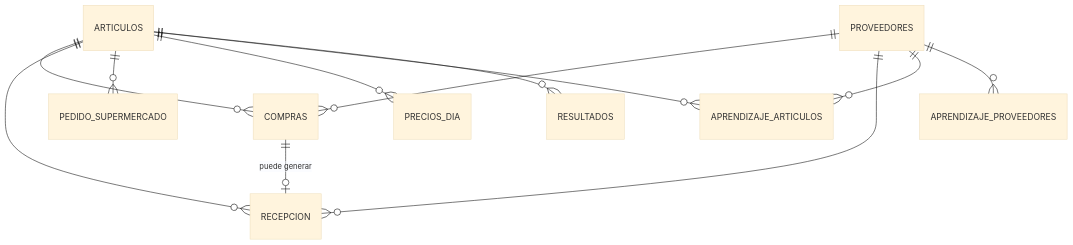
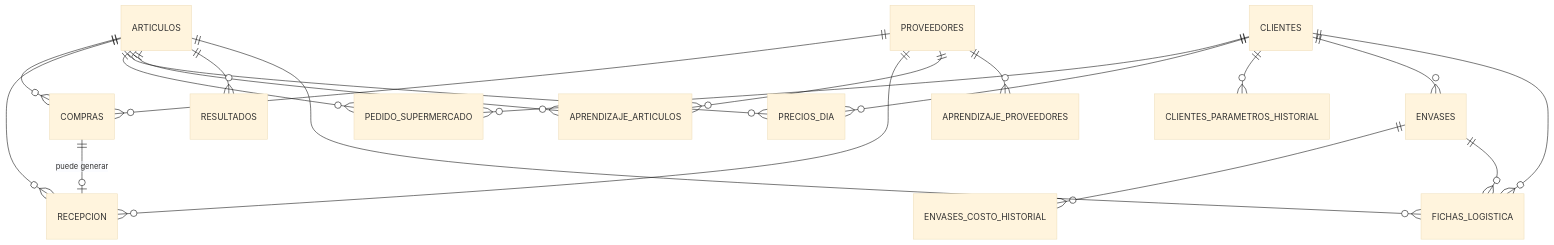
The diagram in docs/diseno_base_datos.md (ldibuccio/Calculador-Precios), drawn with Mermaid (base theme) before and after one commit. The commit also changed other lines of this file and 1 other file, not shown here.

First line of the commit message:
Agregar soporte para múltiples clientes: tablas clientes, envases y fichas_logistica

````diff
--- a/docs/diseno_base_datos.md
+++ b/docs/diseno_base_datos.md
@@ -181,14 +252,22 @@
 ```mermaid
 erDiagram
     ARTICULOS ||--o{ COMPRAS : ""
     PROVEEDORES ||--o{ COMPRAS : ""
     COMPRAS ||--o| RECEPCION : "puede generar"
     ARTICULOS ||--o{ RECEPCION : ""
     PROVEEDORES ||--o{ RECEPCION : ""
     ARTICULOS ||--o{ PEDIDO_SUPERMERCADO : ""
+    CLIENTES ||--o{ PEDIDO_SUPERMERCADO : ""
     ARTICULOS ||--o{ PRECIOS_DIA : ""
+    CLIENTES ||--o{ PRECIOS_DIA : ""
     PROVEEDORES ||--o{ APRENDIZAJE_ARTICULOS : ""
     ARTICULOS ||--o{ APRENDIZAJE_ARTICULOS : ""
     PROVEEDORES ||--o{ APRENDIZAJE_PROVEEDORES : ""
     ARTICULOS ||--o{ RESULTADOS : ""
+    CLIENTES ||--o{ CLIENTES_PARAMETROS_HISTORIAL : ""
+    CLIENTES ||--o{ ENVASES : ""
+    ENVASES ||--o{ ENVASES_COSTO_HISTORIAL : ""
+    ARTICULOS ||--o{ FICHAS_LOGISTICA : ""
+    CLIENTES ||--o{ FICHAS_LOGISTICA : ""
+    ENVASES ||--o{ FICHAS_LOGISTICA : ""
 ```
````
